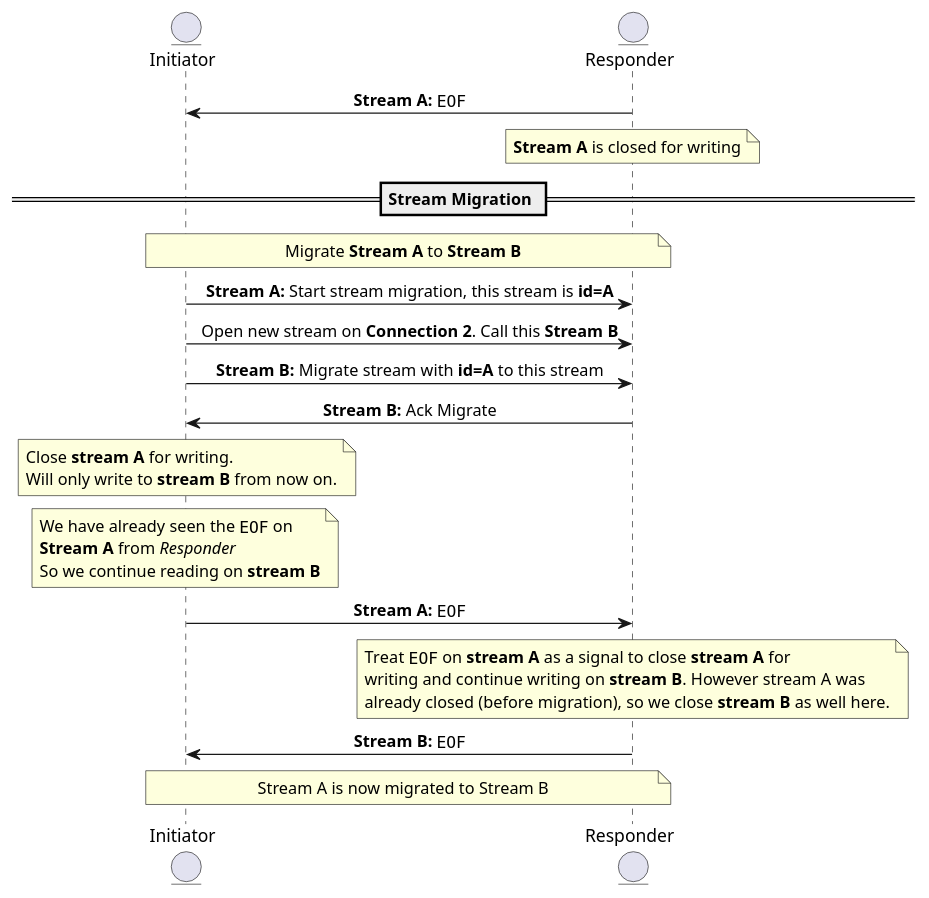
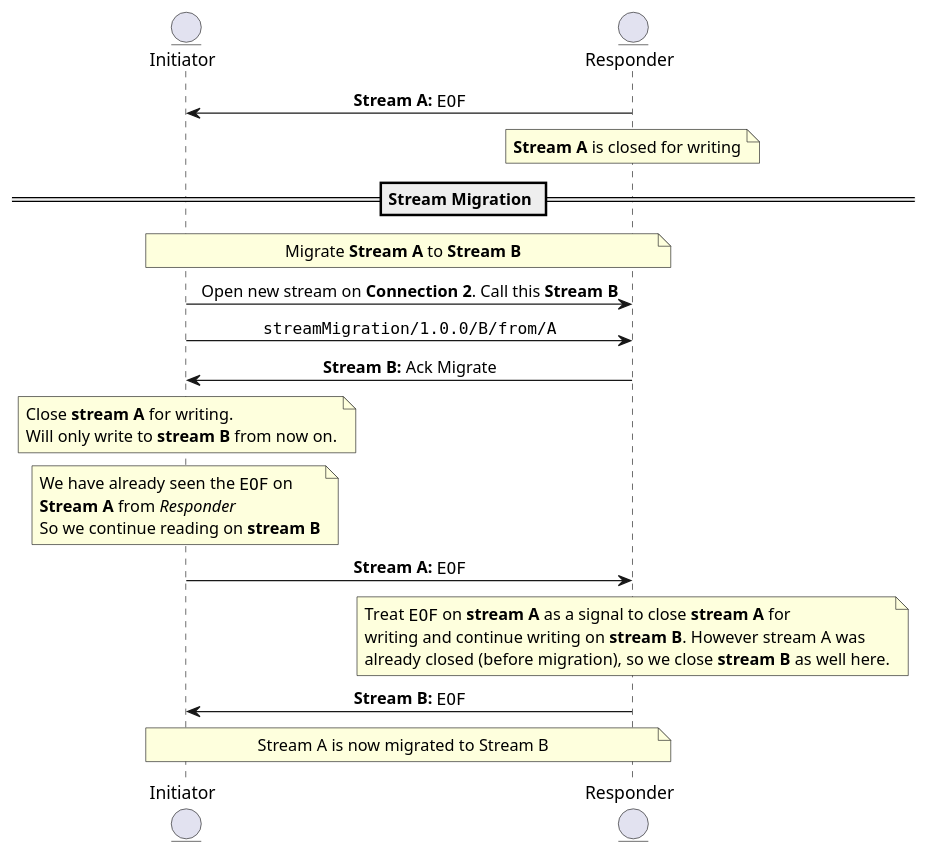
One commit to libp2p/specs changed the second of 2 diagrams in connections/stream-migration.md. Above: the diagram before and after it, drawn with PlantUML. The commit also changed other lines of this file and 2 other files, not shown here.

````diff
--- a/connections/stream-migration.md
+++ b/connections/stream-migration.md
@@ -122,45 +170,43 @@
 ``` plantuml
 @startuml stream-migration-half-closed
 skinparam sequenceMessageAlign center
 entity Initiator
 entity Responder
 
 Initiator <- Responder: <b>Stream A:</b> ""EOF""
 note over Responder: <b>Stream A</b> is closed for writing
 
 == Stream Migration ==
 
 note over Initiator, Responder: Migrate <b>Stream A</b> to <b>Stream B</b>
 
-Initiator -> Responder: <b>Stream A:</b> Start stream migration, this stream is <b>id=A</b>
-
 Initiator -> Responder: Open new stream on <b>Connection 2</b>. Call this <b>Stream B</b>
 
-Initiator -> Responder: <b>Stream B:</b> Migrate stream with <b>id=A</b> to this stream
+Initiator -> Responder: ""streamMigration/1.0.0/B/from/A""
+
 Initiator <- Responder: <b>Stream B:</b> Ack Migrate
 
 note over Initiator
     Close <b>stream A</b> for writing.
     Will only write to <b>stream B</b> from now on.
 end note
-
 
 note over Initiator
     We have already seen the ""EOF"" on
     <b>Stream A</b> from <i>Responder</i>
     So we continue reading on <b>stream B</b>
 end note
 
 Initiator -> Responder: <b>Stream A:</b> ""EOF""
 
 note over Responder
     Treat ""EOF"" on <b>stream A</b> as a signal to close <b>stream A</b> for
     writing and continue writing on <b>stream B</b>. However stream A was
     already closed (before migration), so we close <b>stream B</b> as well here.
 end note
 Initiator <- Responder: <b>Stream B:</b> ""EOF""
 
+note over Initiator, Responder: Stream A is now migrated to Stream B
 
-note over Initiator, Responder: Stream A is now migrated to Stream B
 @enduml
 ```
````
